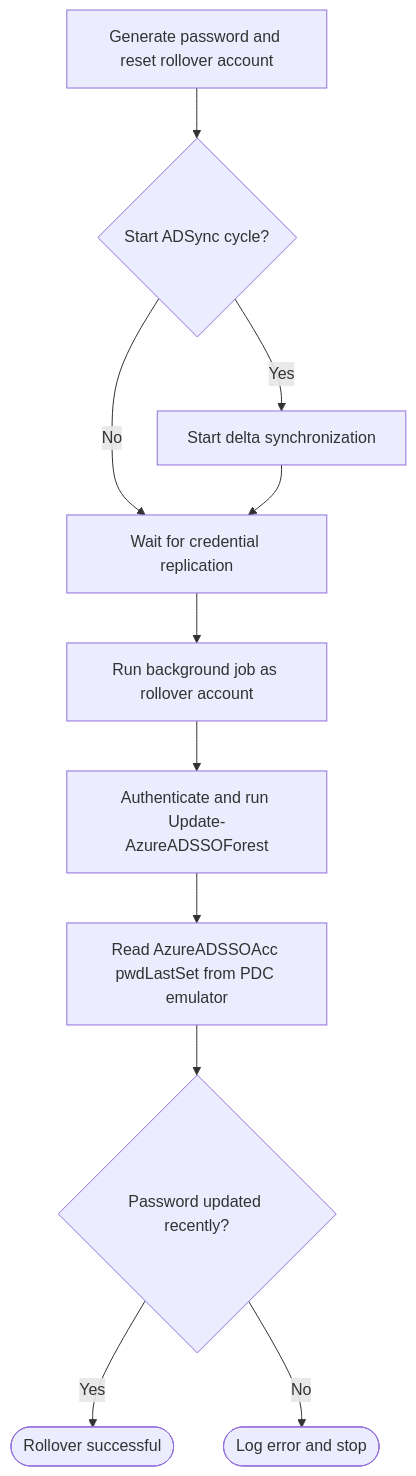
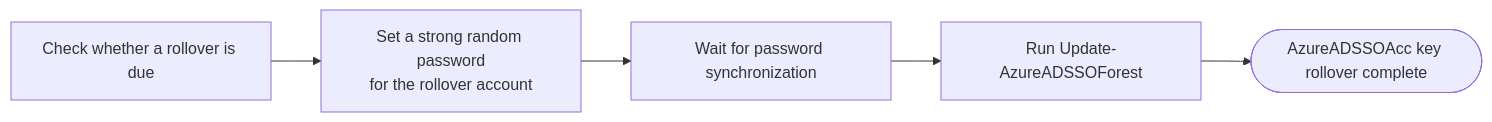
Before and after one commit to Kili69/AzKerberosRollOver: the diagram in README.md, drawn with Mermaid. The commit also changed other lines of this file and 3 other files, not shown here.

````diff
--- a/README.md
+++ b/README.md
@@ -144,14 +52,10 @@
 ```mermaid
-flowchart TD
-    Reset[Generate password and reset rollover account] --> Sync{Start ADSync cycle?}
-    Sync -- Yes --> StartSync[Start delta synchronization]
-    Sync -- No --> Wait
-    StartSync --> Wait[Wait for credential replication]
+flowchart LR
+    Check[Check whether a rollover is due]
+    Reset[Set a strong random password<br/>for the rollover account]
+    Sync[Wait for password synchronization]
+    Update[Run Update-AzureADSSOForest]
+    Complete([AzureADSSOAcc key rollover complete])
 
-    Wait --> Job[Run background job as rollover account]
-    Job --> Update[Authenticate and run Update-AzureADSSOForest]
-    Update --> Verify[Read AzureADSSOAcc pwdLastSet from PDC emulator]
-    Verify --> Updated{Password updated recently?}
-    Updated -- Yes --> Success([Rollover successful])
-    Updated -- No --> Error([Log error and stop])
+    Check --> Reset --> Sync --> Update --> Complete
 ```
````
